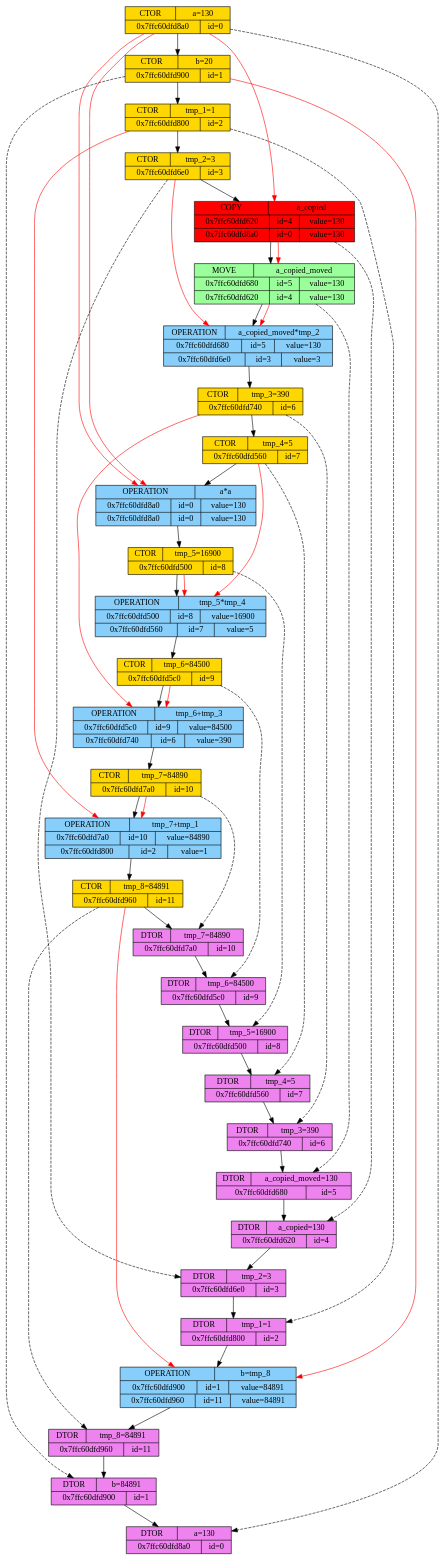
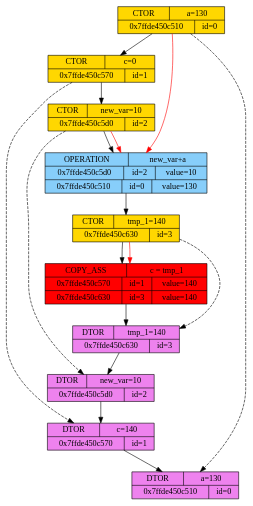
The diagram in Dumping_int/new.dot (x-ENIAC/MIPT_projects_4_sem), drawn with Graphviz before and after one commit. The commit also changed 20 other files, not shown here.

```diff
--- a/Dumping_int/new.dot
+++ b/Dumping_int/new.dot
@@ -1,87 +1,28 @@
 digraph graphname {
-	node0CTOR [shape="record", style="filled", fillcolor="gold", label="{{CTOR | a=130}|{0x7ffc60dfd8a0 | id=0}}"]
-	node1CTOR [shape="record", style="filled", fillcolor="gold", label="{{CTOR | b=20}|{0x7ffc60dfd900 | id=1}}"]
+	node0CTOR [shape="record", style="filled", fillcolor="gold", label="{{CTOR | a=130}|{0x7ffde450c510 | id=0}}"]
+	node1CTOR [shape="record", style="filled", fillcolor="gold", label="{{CTOR | c=0}|{0x7ffde450c570 | id=1}}"]
 	node0CTOR -> node1CTOR
-	node2CTOR [shape="record", style="filled", fillcolor="gold", label="{{CTOR | tmp_1=1}|{0x7ffc60dfd800 | id=2}}"]
+	node2CTOR [shape="record", style="filled", fillcolor="gold", label="{{CTOR | new_var=10}|{0x7ffde450c5d0 | id=2}}"]
 	node1CTOR -> node2CTOR
-	node3CTOR [shape="record", style="filled", fillcolor="gold", label="{{CTOR | tmp_2=3}|{0x7ffc60dfd6e0 | id=3}}"]
-	node2CTOR -> node3CTOR
-	node4COPY  [shape="record", style="filled", fillcolor="red" label="{{COPY | a_copied}|{0x7ffc60dfd620 | id=4 | value=130}|{0x7ffc60dfd8a0 | id=0 | value=130}}"]
-	node3CTOR -> node4COPY
-	node0CTOR -> node4COPY[color="red"]
-	node5MOVE  [shape="record", style="filled", fillcolor="palegreen1" label="{{MOVE | a_copied_moved}|{0x7ffc60dfd680 | id=5 | value=130}|{0x7ffc60dfd620 | id=4 | value=130}}"]
-	node4COPY -> node5MOVE
-	node4COPY -> node5MOVE[color="red"]
-	node5OPERATION3 [shape="record", style="filled", fillcolor="lightskyblue", label="{{OPERATION | a_copied_moved*tmp_2}|{0x7ffc60dfd680 | id=5 | value=130}|{0x7ffc60dfd6e0 | id=3 | value=3}}"]
-	node5MOVE -> node5OPERATION3
-	node5MOVE -> node5OPERATION3[color="red"]
-	node3CTOR -> node5OPERATION3[color="red"]
-	node6CTOR [shape="record", style="filled", fillcolor="gold", label="{{CTOR | tmp_3=390}|{0x7ffc60dfd740 | id=6}}"]
-	node5OPERATION3 -> node6CTOR
-	node7CTOR [shape="record", style="filled", fillcolor="gold", label="{{CTOR | tmp_4=5}|{0x7ffc60dfd560 | id=7}}"]
-	node6CTOR -> node7CTOR
-	node0OPERATION0 [shape="record", style="filled", fillcolor="lightskyblue", label="{{OPERATION | a*a}|{0x7ffc60dfd8a0 | id=0 | value=130}|{0x7ffc60dfd8a0 | id=0 | value=130}}"]
-	node7CTOR -> node0OPERATION0
-	node0CTOR -> node0OPERATION0[color="red"]
-	node0CTOR -> node0OPERATION0[color="red"]
-	node8CTOR [shape="record", style="filled", fillcolor="gold", label="{{CTOR | tmp_5=16900}|{0x7ffc60dfd500 | id=8}}"]
-	node0OPERATION0 -> node8CTOR
-	node8OPERATION7 [shape="record", style="filled", fillcolor="lightskyblue", label="{{OPERATION | tmp_5*tmp_4}|{0x7ffc60dfd500 | id=8 | value=16900}|{0x7ffc60dfd560 | id=7 | value=5}}"]
-	node8CTOR -> node8OPERATION7
-	node8CTOR -> node8OPERATION7[color="red"]
-	node7CTOR -> node8OPERATION7[color="red"]
-	node9CTOR [shape="record", style="filled", fillcolor="gold", label="{{CTOR | tmp_6=84500}|{0x7ffc60dfd5c0 | id=9}}"]
-	node8OPERATION7 -> node9CTOR
-	node9OPERATION6 [shape="record", style="filled", fillcolor="lightskyblue", label="{{OPERATION | tmp_6+tmp_3}|{0x7ffc60dfd5c0 | id=9 | value=84500}|{0x7ffc60dfd740 | id=6 | value=390}}"]
-	node9CTOR -> node9OPERATION6
-	node9CTOR -> node9OPERATION6[color="red"]
-	node6CTOR -> node9OPERATION6[color="red"]
-	node10CTOR [shape="record", style="filled", fillcolor="gold", label="{{CTOR | tmp_7=84890}|{0x7ffc60dfd7a0 | id=10}}"]
-	node9OPERATION6 -> node10CTOR
-	node10OPERATION2 [shape="record", style="filled", fillcolor="lightskyblue", label="{{OPERATION | tmp_7+tmp_1}|{0x7ffc60dfd7a0 | id=10 | value=84890}|{0x7ffc60dfd800 | id=2 | value=1}}"]
-	node10CTOR -> node10OPERATION2
-	node10CTOR -> node10OPERATION2[color="red"]
-	node2CTOR -> node10OPERATION2[color="red"]
-	node11CTOR [shape="record", style="filled", fillcolor="gold", label="{{CTOR | tmp_8=84891}|{0x7ffc60dfd960 | id=11}}"]
-	node10OPERATION2 -> node11CTOR
-	node10DTOR [shape="record", style="filled", fillcolor="violet", label="{{DTOR | tmp_7=84890}|{0x7ffc60dfd7a0 | id=10}}"]
-	node11CTOR -> node10DTOR
-	node10CTOR -> node10DTOR[style="dashed"]
-	node9DTOR [shape="record", style="filled", fillcolor="violet", label="{{DTOR | tmp_6=84500}|{0x7ffc60dfd5c0 | id=9}}"]
-	node10DTOR -> node9DTOR
-	node9CTOR -> node9DTOR[style="dashed"]
-	node8DTOR [shape="record", style="filled", fillcolor="violet", label="{{DTOR | tmp_5=16900}|{0x7ffc60dfd500 | id=8}}"]
-	node9DTOR -> node8DTOR
-	node8CTOR -> node8DTOR[style="dashed"]
-	node7DTOR [shape="record", style="filled", fillcolor="violet", label="{{DTOR | tmp_4=5}|{0x7ffc60dfd560 | id=7}}"]
-	node8DTOR -> node7DTOR
-	node7CTOR -> node7DTOR[style="dashed"]
-	node6DTOR [shape="record", style="filled", fillcolor="violet", label="{{DTOR | tmp_3=390}|{0x7ffc60dfd740 | id=6}}"]
-	node7DTOR -> node6DTOR
-	node6CTOR -> node6DTOR[style="dashed"]
-	node5DTOR [shape="record", style="filled", fillcolor="violet", label="{{DTOR | a_copied_moved=130}|{0x7ffc60dfd680 | id=5}}"]
-	node6DTOR -> node5DTOR
-	node5MOVE -> node5DTOR[style="dashed"]
-	node4DTOR [shape="record", style="filled", fillcolor="violet", label="{{DTOR | a_copied=130}|{0x7ffc60dfd620 | id=4}}"]
-	node5DTOR -> node4DTOR
-	node4COPY -> node4DTOR[style="dashed"]
-	node3DTOR [shape="record", style="filled", fillcolor="violet", label="{{DTOR | tmp_2=3}|{0x7ffc60dfd6e0 | id=3}}"]
-	node4DTOR -> node3DTOR
+	node2OPERATION0 [shape="record", style="filled", fillcolor="lightskyblue", label="{{OPERATION | new_var+a}|{0x7ffde450c5d0 | id=2 | value=10}|{0x7ffde450c510 | id=0 | value=130}}"]
+	node2CTOR -> node2OPERATION0
+	node2CTOR -> node2OPERATION0[color="red"]
+	node0CTOR -> node2OPERATION0[color="red"]
+	node3CTOR [shape="record", style="filled", fillcolor="gold", label="{{CTOR | tmp_1=140}|{0x7ffde450c630 | id=3}}"]
+	node2OPERATION0 -> node3CTOR
+	node1COPY_ASS3 [shape="record", style="filled", fillcolor="red", label="{{COPY_ASS | c = tmp_1}|{0x7ffde450c570 | id=1 | value=140}|{0x7ffde450c630 | id=3 | value=140}}"]
+	node3CTOR -> node1COPY_ASS3
+	node3CTOR -> node1COPY_ASS3[color="red"]
+	node3DTOR [shape="record", style="filled", fillcolor="violet", label="{{DTOR | tmp_1=140}|{0x7ffde450c630 | id=3}}"]
+	node1COPY_ASS3 -> node3DTOR
 	node3CTOR -> node3DTOR[style="dashed"]
-	node2DTOR [shape="record", style="filled", fillcolor="violet", label="{{DTOR | tmp_1=1}|{0x7ffc60dfd800 | id=2}}"]
+	node2DTOR [shape="record", style="filled", fillcolor="violet", label="{{DTOR | new_var=10}|{0x7ffde450c5d0 | id=2}}"]
 	node3DTOR -> node2DTOR
 	node2CTOR -> node2DTOR[style="dashed"]
-	node1OPERATION11 [shape="record", style="filled", fillcolor="lightskyblue", label="{{OPERATION | b=tmp_8}|{0x7ffc60dfd900 | id=1 | value=84891}|{0x7ffc60dfd960 | id=11 | value=84891}}"]
-	node2DTOR -> node1OPERATION11
-	node1CTOR -> node1OPERATION11[color="red"]
-	node11CTOR -> node1OPERATION11[color="red"]
-	node11DTOR [shape="record", style="filled", fillcolor="violet", label="{{DTOR | tmp_8=84891}|{0x7ffc60dfd960 | id=11}}"]
-	node1OPERATION11 -> node11DTOR
-	node11CTOR -> node11DTOR[style="dashed"]
-	node1DTOR [shape="record", style="filled", fillcolor="violet", label="{{DTOR | b=84891}|{0x7ffc60dfd900 | id=1}}"]
-	node11DTOR -> node1DTOR
+	node1DTOR [shape="record", style="filled", fillcolor="violet", label="{{DTOR | c=140}|{0x7ffde450c570 | id=1}}"]
+	node2DTOR -> node1DTOR
 	node1CTOR -> node1DTOR[style="dashed"]
-	node0DTOR [shape="record", style="filled", fillcolor="violet", label="{{DTOR | a=130}|{0x7ffc60dfd8a0 | id=0}}"]
+	node0DTOR [shape="record", style="filled", fillcolor="violet", label="{{DTOR | a=130}|{0x7ffde450c510 | id=0}}"]
 	node1DTOR -> node0DTOR
 	node0CTOR -> node0DTOR[style="dashed"]
 }
```
